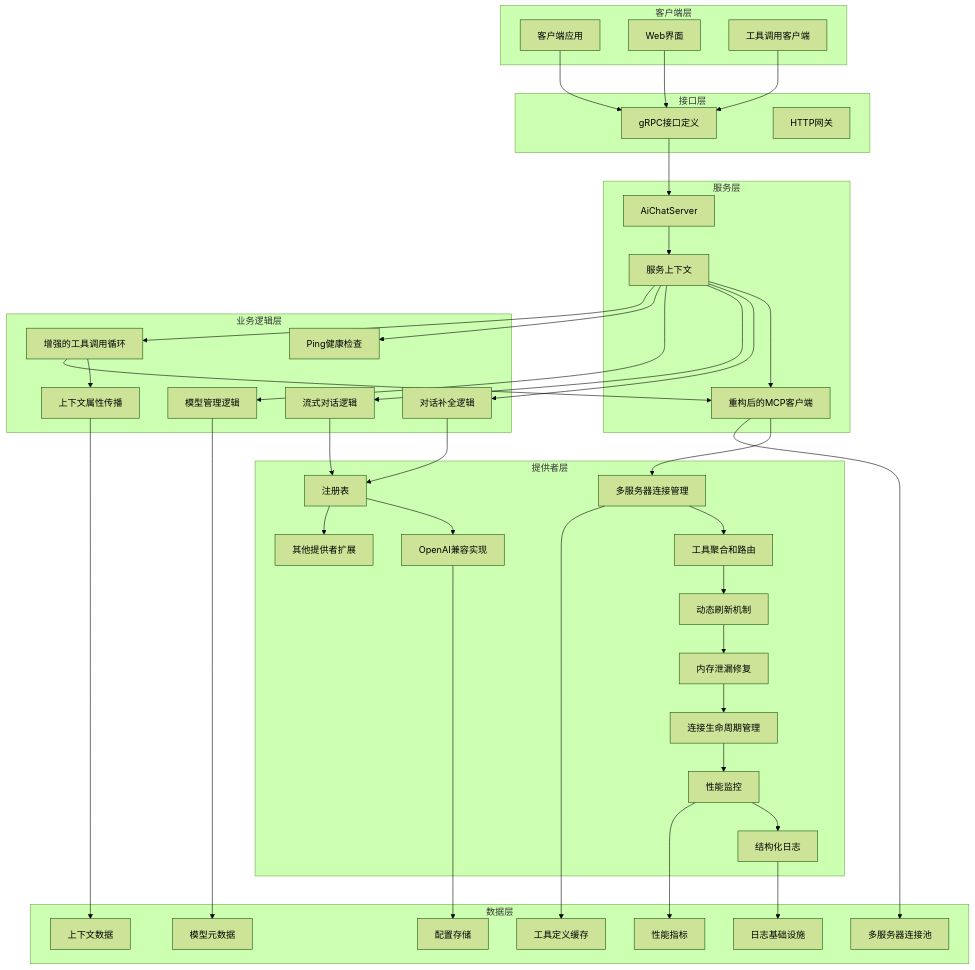
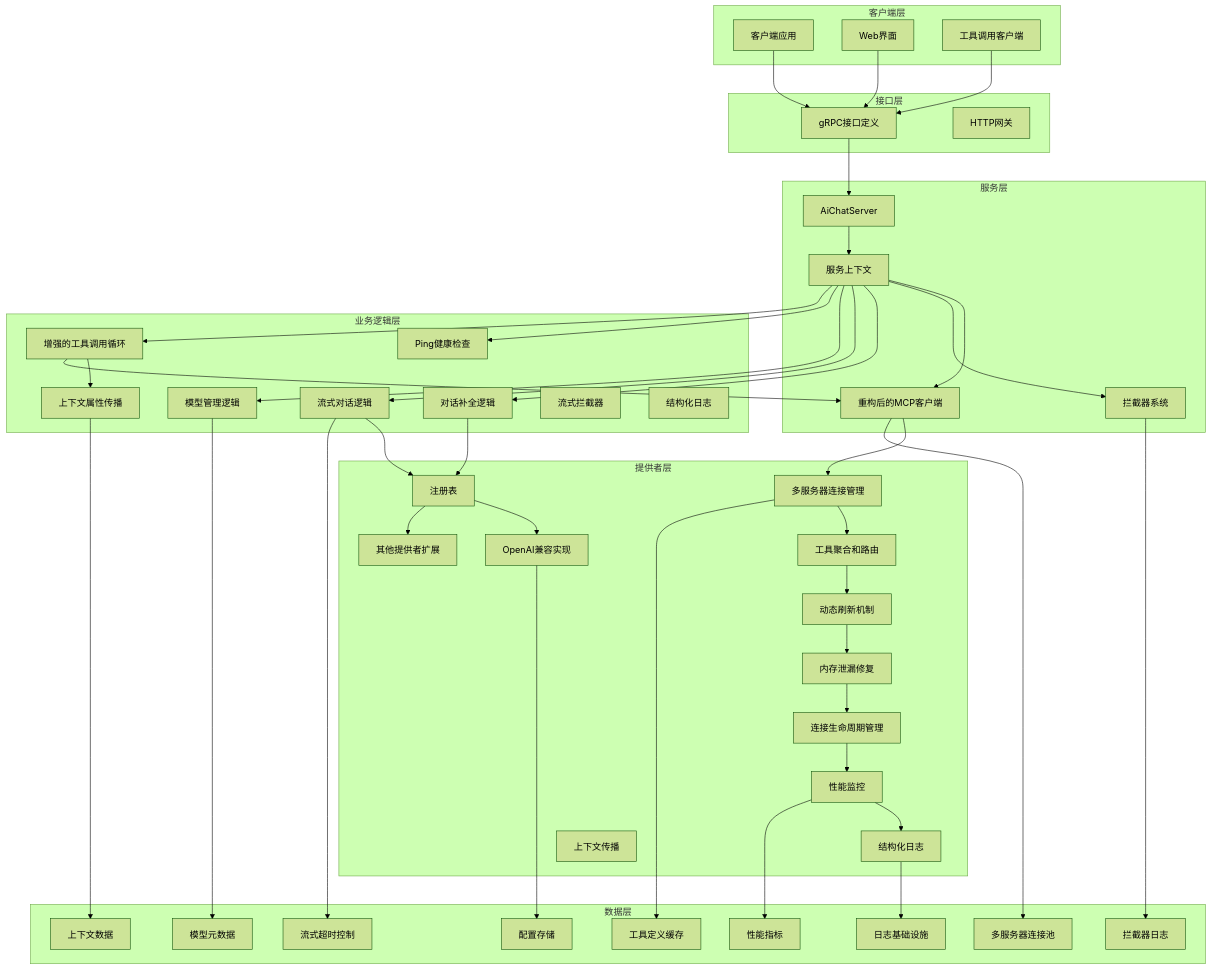
One commit to maomao94/zero-service changed the second of 21 diagrams in .qoder/repowiki/zh/content/核心服务详解/AI聊天服务.md. Above: the diagram before and after it, drawn with Mermaid (forest theme). The commit also changed other lines of this file and 19 other files, not shown here.

````diff
--- a/.qoder/repowiki/zh/content/核心服务详解/AI聊天服务.md
+++ b/.qoder/repowiki/zh/content/核心服务详解/AI聊天服务.md
@@ -235,35 +257,41 @@
 F[AiChatServer]
 G[服务上下文]
 H[重构后的MCP客户端]
+I[拦截器系统]
 end
 subgraph "业务逻辑层"
-I[对话补全逻辑]
-J[流式对话逻辑]
-K[模型管理逻辑]
-L[Ping健康检查]
-M[增强的工具调用循环]
-N[上下文属性传播]
+J[对话补全逻辑]
+K[流式对话逻辑]
+L[模型管理逻辑]
+M[Ping健康检查]
+N[增强的工具调用循环]
+O[上下文属性传播]
+P[流式拦截器]
+Q[结构化日志]
 end
 subgraph "提供者层"
-O[注册表]
-P[OpenAI兼容实现]
-Q[其他提供者扩展]
-R[多服务器连接管理]
-S[工具聚合和路由]
-T[动态刷新机制]
-U[内存泄漏修复]
-V[连接生命周期管理]
-W[性能监控]
-X[结构化日志]
+R[注册表]
+S[OpenAI兼容实现]
+T[其他提供者扩展]
+U[多服务器连接管理]
+V[工具聚合和路由]
+W[动态刷新机制]
+X[内存泄漏修复]
+Y[连接生命周期管理]
+Z[性能监控]
+AA[结构化日志]
+BB[上下文传播]
 end
 subgraph "数据层"
-Y[配置存储]
-Z[模型元数据]
-AA[工具定义缓存]
-BB[多服务器连接池]
-CC[上下文数据]
-DD[日志基础设施]
-EE[性能指标]
+CC[配置存储]
+DD[模型元数据]
+EE[工具定义缓存]
+FF[多服务器连接池]
+GG[上下文数据]
+HH[日志基础设施]
+II[性能指标]
+JJ[拦截器日志]
+KK[流式超时控制]
 end
 A --> D
 B --> D
@@ -276,24 +304,27 @@
 G --> K
 G --> L
 G --> M
-M --> N
-I --> O
-J --> O
-M --> H
-O --> P
-O --> Q
-H --> R
+G --> N
+N --> O
+J --> R
+K --> R
+N --> H
 R --> S
-S --> T
-T --> U
+R --> T
+H --> U
 U --> V
 V --> W
 W --> X
-H --> BB
-R --> AA
-P --> Y
-K --> Z
-N --> CC
-X --> DD
-W --> EE
+X --> Y
+Y --> Z
+Z --> AA
+H --> FF
+U --> EE
+S --> CC
+L --> DD
+O --> GG
+AA --> HH
+Z --> II
+I --> JJ
+K --> KK
 ```
````
